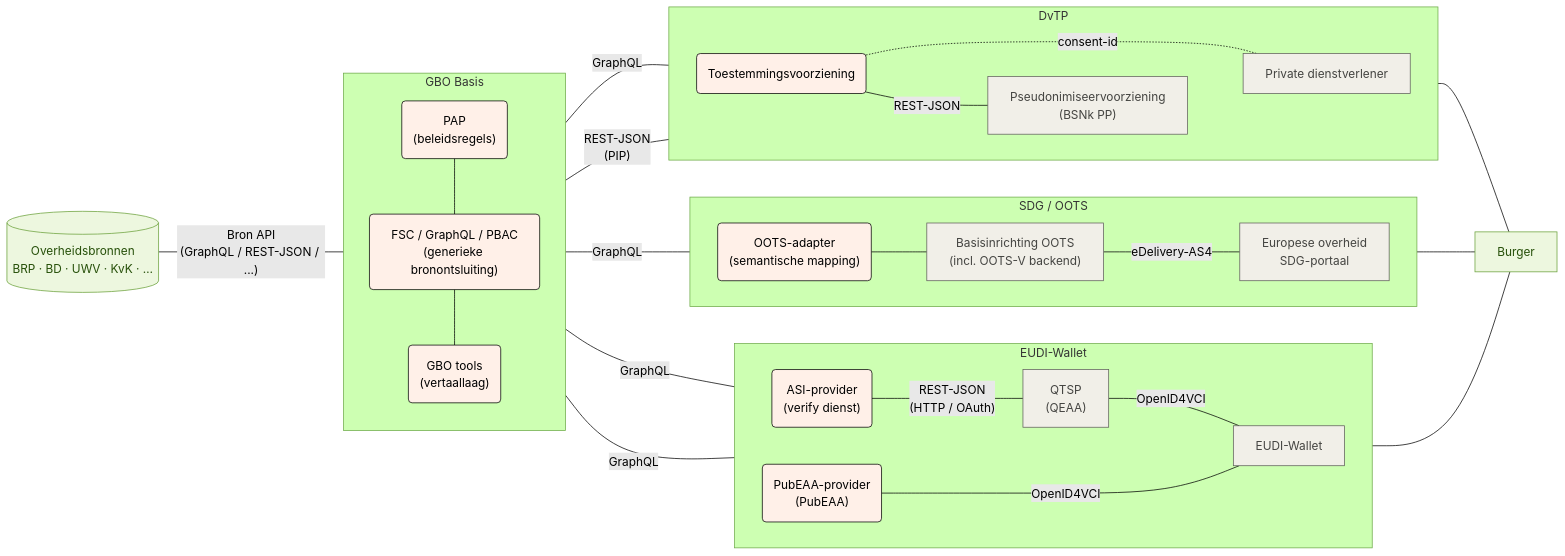
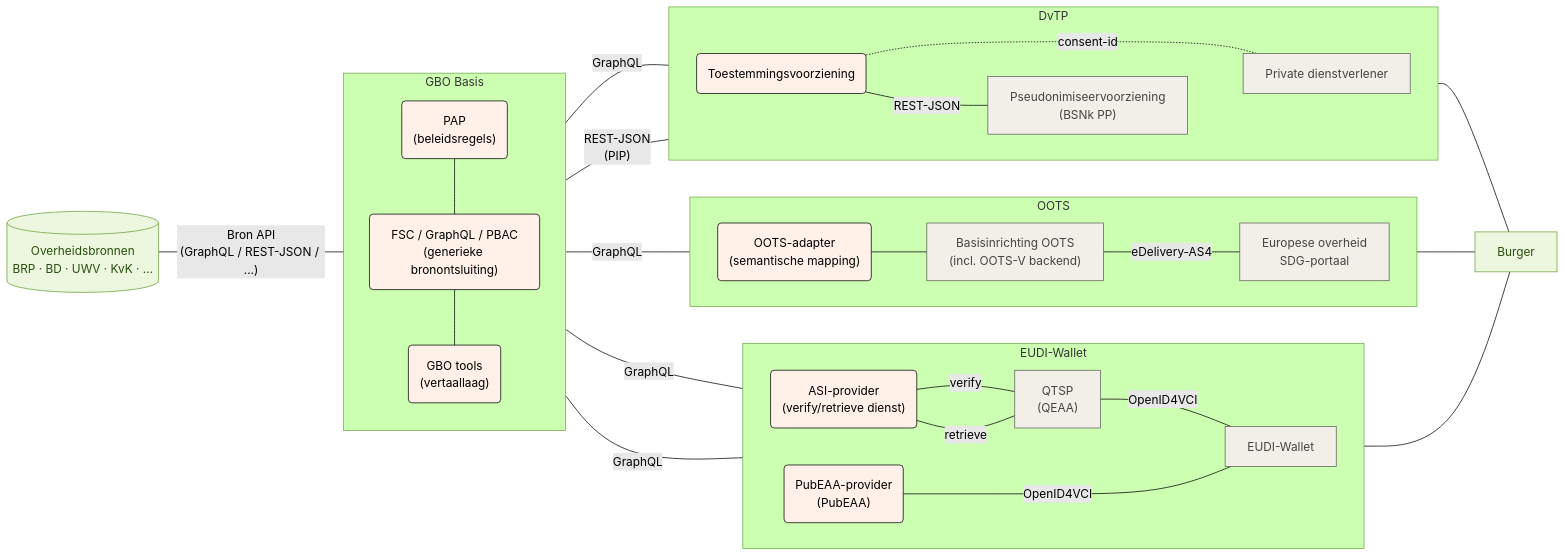
Before and after one commit to ICTU/GBO-GO: the diagram in main/diagrammen/gbo_swimlanes.mmd, drawn with Mermaid (forest theme). The commit also changed 7 other files, not shown here.

```diff
--- a/main/diagrammen/gbo_swimlanes.mmd
+++ b/main/diagrammen/gbo_swimlanes.mmd
@@ -1,67 +1,68 @@
 flowchart LR
   subgraph gbo["GBO Basis"]
     direction TB
         fsc_pap("PAP<br/>(beleidsregels)")
         fsc("FSC / GraphQL / PBAC<br/>(generieke bronontsluiting)")
         fsc_tools("GBO tools<br/>(vertaallaag)")
   end
   subgraph eudi["EUDI-Wallet"]
     direction LR
-        eudi_asi("ASI-provider<br/>(verify dienst)")
+        eudi_asi("ASI-provider<br/>(verify/retrieve dienst)")
         eudi_pubeaa("PubEAA-provider<br/>(PubEAA)")
         eudi_qeaa["QTSP<br/>(QEAA)"]
         eudi_wallet["EUDI-Wallet"]
   end
-  subgraph oots["SDG / OOTS"]
+  subgraph oots["OOTS"]
     direction LR
         oots_adapter("OOTS-adapter<br/>(semantische mapping)")
         oots_basis["Basisinrichting OOTS<br/>(incl. OOTS-V backend)"]
         oots_afnemer["Europese overheid<br/>SDG-portaal"]
   end
   subgraph dvtp["DvTP"]
     direction LR
         dvtp_toestemming("Toestemmingsvoorziening")
         dvtp_pseudoniem["Pseudonimiseervoorziening<br/>(BSNk PP)"]
         dvtp_afnemer["Private dienstverlener"]
   end
 
   fsc_pap --- fsc
   fsc --- fsc_tools
   bron[("Overheidsbronnen<br/>BRP · BD · UWV · KvK · …")] -- Bron API<br/>(GraphQL / REST-JSON / ...) --- gbo
-  eudi_asi -- REST-JSON<br/>(HTTP / OAuth) --- eudi_qeaa
+  eudi_asi -- verify --- eudi_qeaa
+  eudi_asi -- retrieve --- eudi_qeaa
   eudi_qeaa -- OpenID4VCI --- eudi_wallet
   gbo -- GraphQL --- eudi_asi & eudi_pubeaa & oots_adapter & dvtp_afnemer
   eudi_pubeaa -- OpenID4VCI ---- eudi_wallet
   oots_adapter --- oots_basis
   oots_basis -- eDelivery-AS4 --- oots_afnemer
   gbo -- REST-JSON<br/>(PIP) --- dvtp_toestemming
   dvtp_toestemming -. consent-id .- dvtp_afnemer
   dvtp_toestemming -- REST-JSON --- dvtp_pseudoniem
   dvtp_pseudoniem ~~~ dvtp_afnemer
   eudi_wallet --- burger["Burger"]
   oots_afnemer --- burger
   dvtp_afnemer --- burger
 
   fsc_pap:::gbo
   fsc:::gbo
   fsc_tools:::gbo
   eudi_asi:::gbo
   eudi_pubeaa:::gbo
   eudi_qeaa:::eudi
   eudi_wallet:::eudi
   oots_adapter:::gbo
   oots_basis:::oots
   oots_afnemer:::oots
   dvtp_toestemming:::gbo
   dvtp_pseudoniem:::dvtp
   dvtp_afnemer:::dvtp
   bron:::bron
   burger:::burger
 
   classDef bron fill:#edf7df,stroke:#6aa13a,color:#27500a
   classDef generiek fill:#f1efe8,stroke:#5f5e5a,color:#444441
   classDef eudi fill:#f1efe8,stroke:#5f5e5a,color:#444441
   classDef oots fill:#f1efe8,stroke:#5f5e5a,color:#444441
   classDef dvtp fill:#f1efe8,stroke:#5f5e5a,color:#444441
   classDef gbo fill:#fff0e8,stroke:#000000,color:#000000
   classDef burger fill:#edf7df,stroke:#6aa13a,color:#27500a
```
